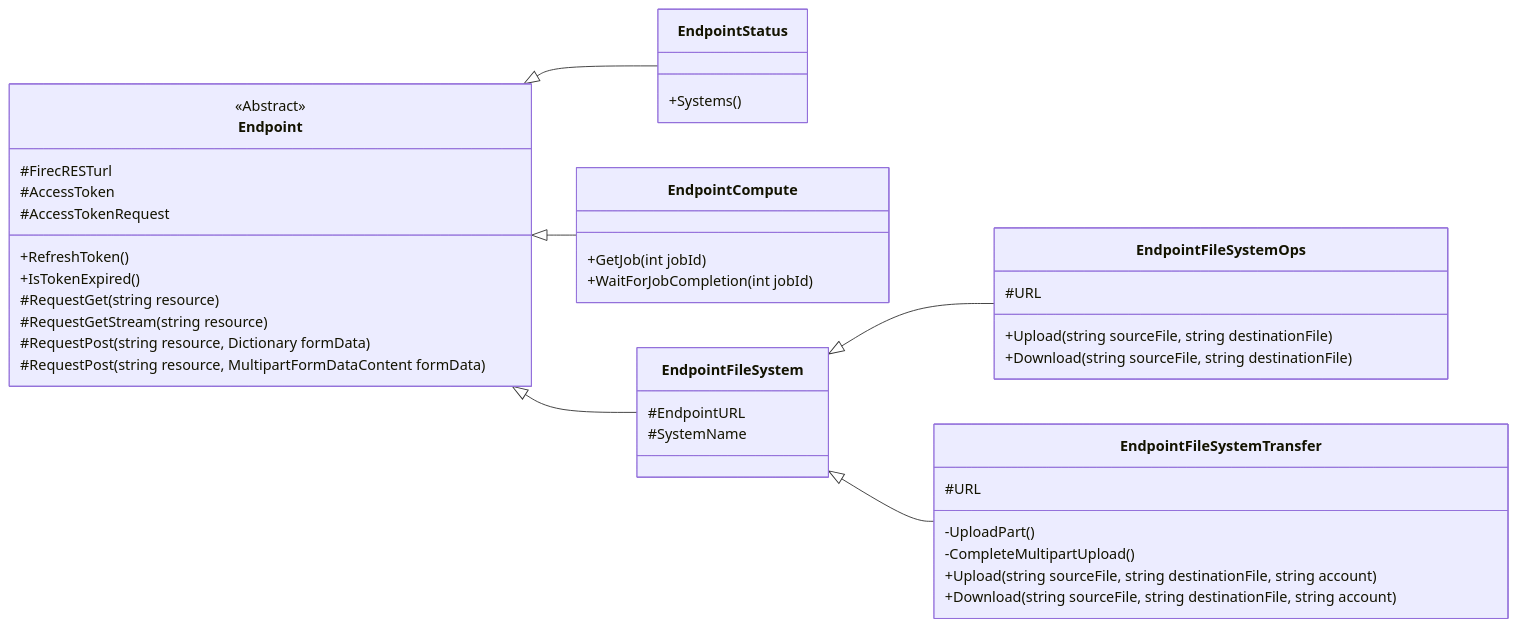
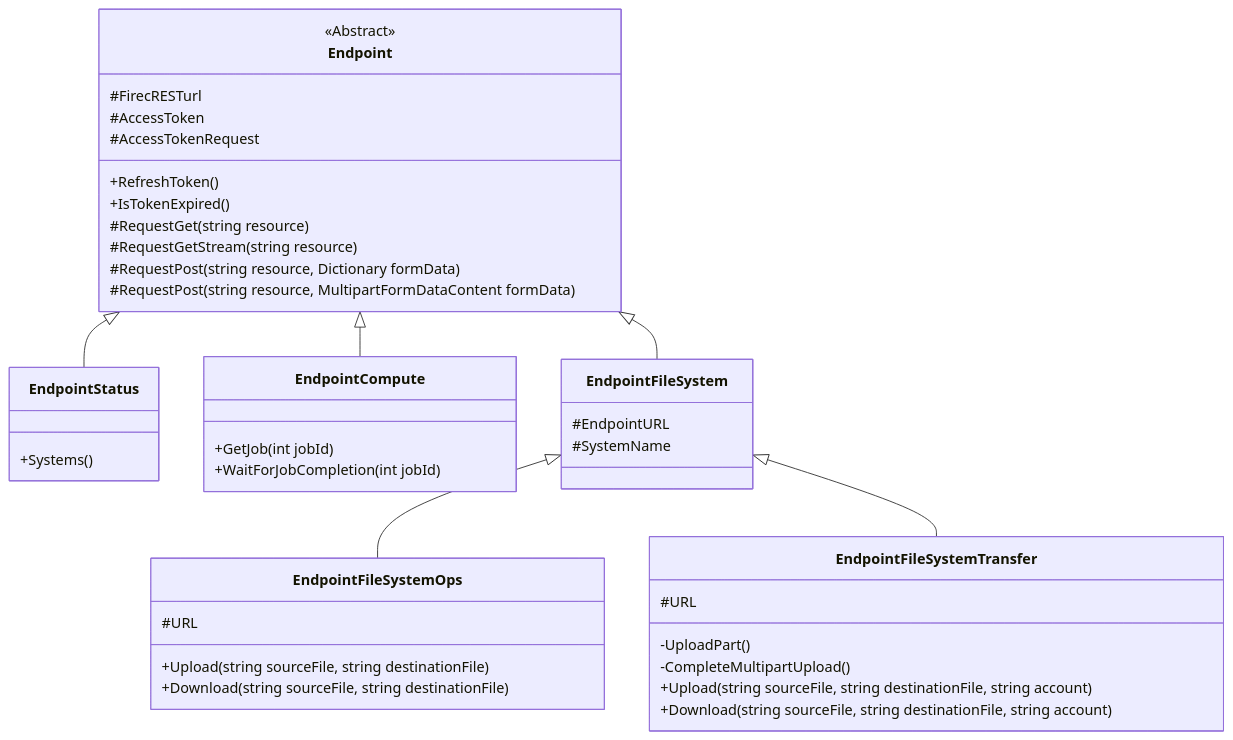
Before and after one commit to eth-cscs/firecrest-v2: the diagram in docs/user_guide/data_transfer_dotnet/README.md, drawn with Mermaid. The commit also changed other lines of this file, not shown here.

Commit message:
attempting to rotate the class diagram

````diff
--- a/docs/user_guide/data_transfer_dotnet/README.md
+++ b/docs/user_guide/data_transfer_dotnet/README.md
@@ -29,48 +29,47 @@
 ```mermaid
 ---
 title:
 ---
 classDiagram
     Endpoint <|-- EndpointStatus
     Endpoint <|-- EndpointCompute
     Endpoint <|-- EndpointFileSystem
     EndpointFileSystem <|-- EndpointFileSystemOps
     EndpointFileSystem <|-- EndpointFileSystemTransfer
     <<Abstract>>Endpoint
-    direction LR
     class Endpoint{
         #FirecRESTurl
         #AccessToken
         #AccessTokenRequest
         +RefreshToken()
         +IsTokenExpired()
         #RequestGet(string resource)
         #RequestGetStream(string resource)
         #RequestPost(string resource, Dictionary<string, string> formData)
         #RequestPost(string resource, MultipartFormDataContent formData)
     }
     class EndpointCompute{
         +GetJob(int jobId)
         +WaitForJobCompletion(int jobId)
     }
     class EndpointStatus{
         +Systems()
     }
     class EndpointFileSystem{
         #EndpointURL
         #SystemName
     }
     class EndpointFileSystemOps{
         #URL
         +Upload(string sourceFile, string destinationFile)
         +Download(string sourceFile, string destinationFile)
     }
     class EndpointFileSystemTransfer{
         #URL
         -UploadPart()
         -CompleteMultipartUpload()
         +Upload(string sourceFile, string destinationFile, string account)
         +Download(string sourceFile, string destinationFile, string account)
     }
 
 ```
````
